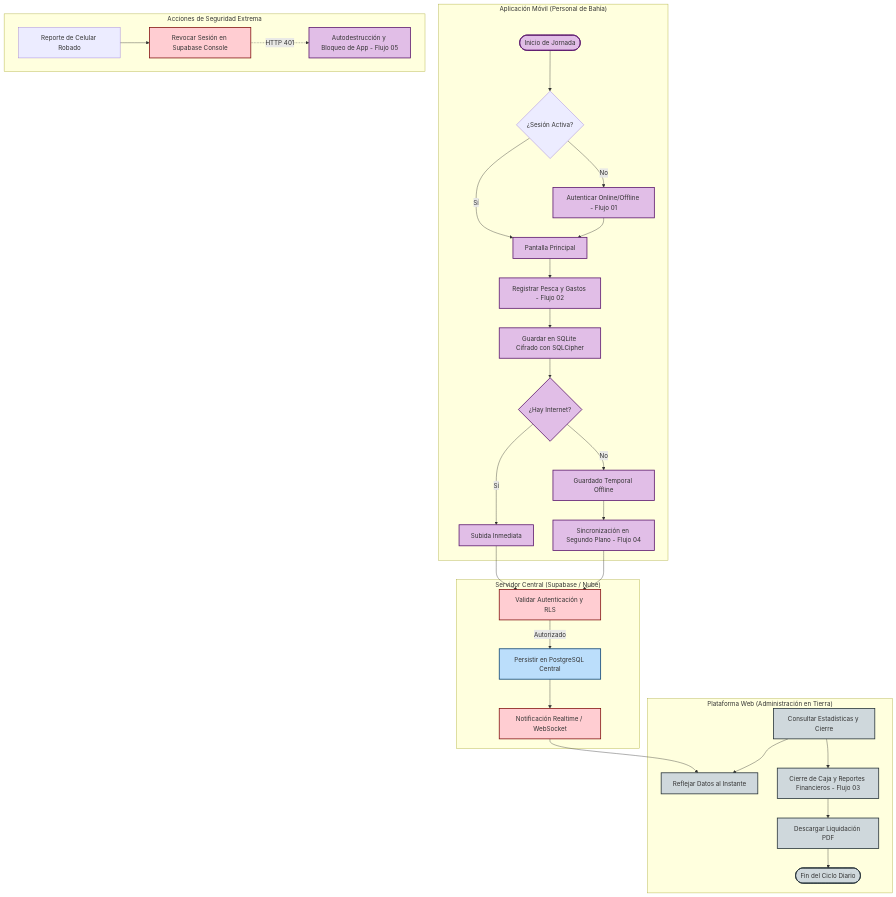
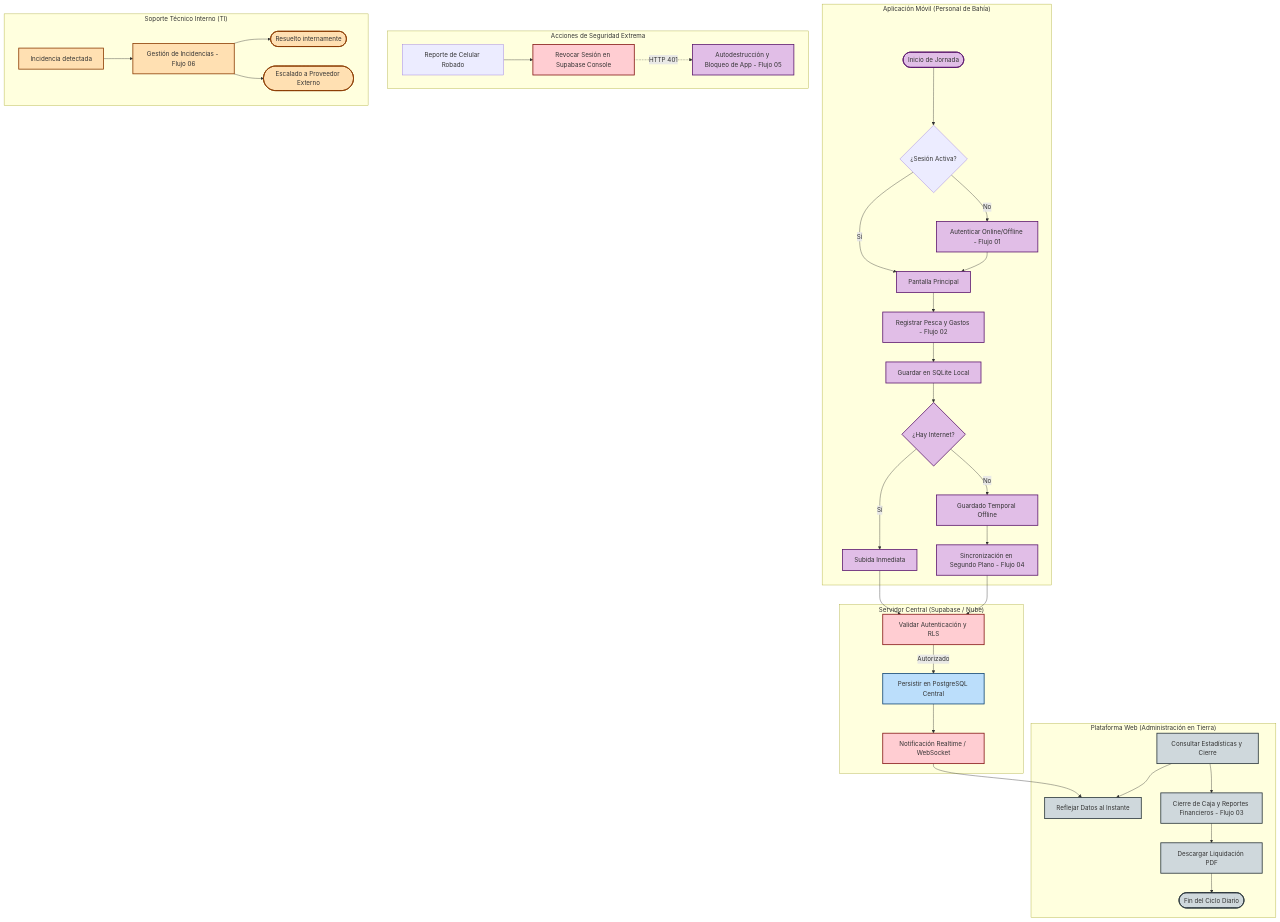
Before and after one commit to brismarinatracker-corporation/Brismar: the diagram in docs/brismar_brain/flujos/FLUJO_GENERAL.md, drawn with Mermaid. The commit also changed other lines of this file and 46 other files, not shown here.

````diff
--- a/docs/brismar_brain/flujos/FLUJO_GENERAL.md
+++ b/docs/brismar_brain/flujos/FLUJO_GENERAL.md
@@ -11,53 +11,61 @@
 ```mermaid
 flowchart TB
     %% Definición de Estilos
     classDef mobile fill:#e1bee7,stroke:#5b176d,stroke-width:2px;
     classDef server fill:#ffcdd2,stroke:#831311,stroke-width:2px;
     classDef web fill:#cfd8dc,stroke:#263238,stroke-width:2px;
     classDef db fill:#bbdefb,stroke:#0d4372,stroke-width:2px;
+    classDef ti fill:#ffe0b2,stroke:#8a3a00,stroke-width:2px;
 
     %% Nodos del Proceso
     subgraph MobileApp ["Aplicación Móvil (Personal de Bahía)"]
         Start([Inicio de Jornada]) --> Auth{¿Sesión Activa?}
         Auth -->|No| Login[Autenticar Online/Offline - Flujo 01]
         Auth -->|Sí| MainHub[Pantalla Principal]
         Login --> MainHub
-        
+
         MainHub --> RegCatch[Registrar Pesca y Gastos - Flujo 02]
-        RegCatch --> SaveLocal[Guardar en SQLite Cifrado con SQLCipher]
-        
+        RegCatch --> SaveLocal[Guardar en SQLite Local]
+
         SaveLocal --> CheckNet{¿Hay Internet?}
         CheckNet -->|Sí| UploadSync[Subida Inmediata]
         CheckNet -->|No| StoreOffline[Guardado Temporal Offline]
-        
+
         StoreOffline --> BgSync[Sincronización en Segundo Plano - Flujo 04]
     end
 
     subgraph CloudServer ["Servidor Central (Supabase / Nube)"]
         UploadSync --> RlsVerify[Validar Autenticación y RLS]
         BgSync --> RlsVerify
-        
+
         RlsVerify -->|Autorizado| Postgres[Persistir en PostgreSQL Central]
         Postgres --> RealtimeMsg[Notificación Realtime / WebSocket]
     end
 
     subgraph WebAdmin ["Plataforma Web (Administración en Tierra)"]
         RealtimeMsg --> WebUpdates[Reflejar Datos al Instante]
         WebDashboard[Consultar Estadísticas y Cierre] --> WebUpdates
-        
+
         WebDashboard --> GenReport[Cierre de Caja y Reportes Financieros - Flujo 03]
         GenReport --> ExportPDF[Descargar Liquidación PDF]
         ExportPDF --> PrintReport([Fin del Ciclo Diario])
     end
 
     subgraph AdminSecurity ["Acciones de Seguridad Extrema"]
         TriggerStolen[Reporte de Celular Robado] --> RevokeUser[Revocar Sesión en Supabase Console]
         RevokeUser -.->|HTTP 401| DeviceWipe[Autodestrucción y Bloqueo de App - Flujo 05]
     end
 
+    subgraph SoporteTI ["Soporte Técnico Interno (TI)"]
+        Incidencia[Incidencia detectada] --> GestionTI[Gestión de Incidencias - Flujo 06]
+        GestionTI --> ResueltaInterna([Resuelto internamente])
+        GestionTI --> EscaladaExterna([Escalado a Proveedor Externo])
+    end
+
     %% Aplicación de Clases de Estilo
     class Start,Login,MainHub,RegCatch,SaveLocal,CheckNet,UploadSync,StoreOffline,BgSync,DeviceWipe mobile;
     class RlsVerify,Postgres,RealtimeMsg,RevokeUser server;
     class WebUpdates,WebDashboard,GenReport,ExportPDF,PrintReport web;
     class Postgres db;
+    class Incidencia,GestionTI,ResueltaInterna,EscaladaExterna ti;
 ```
````
